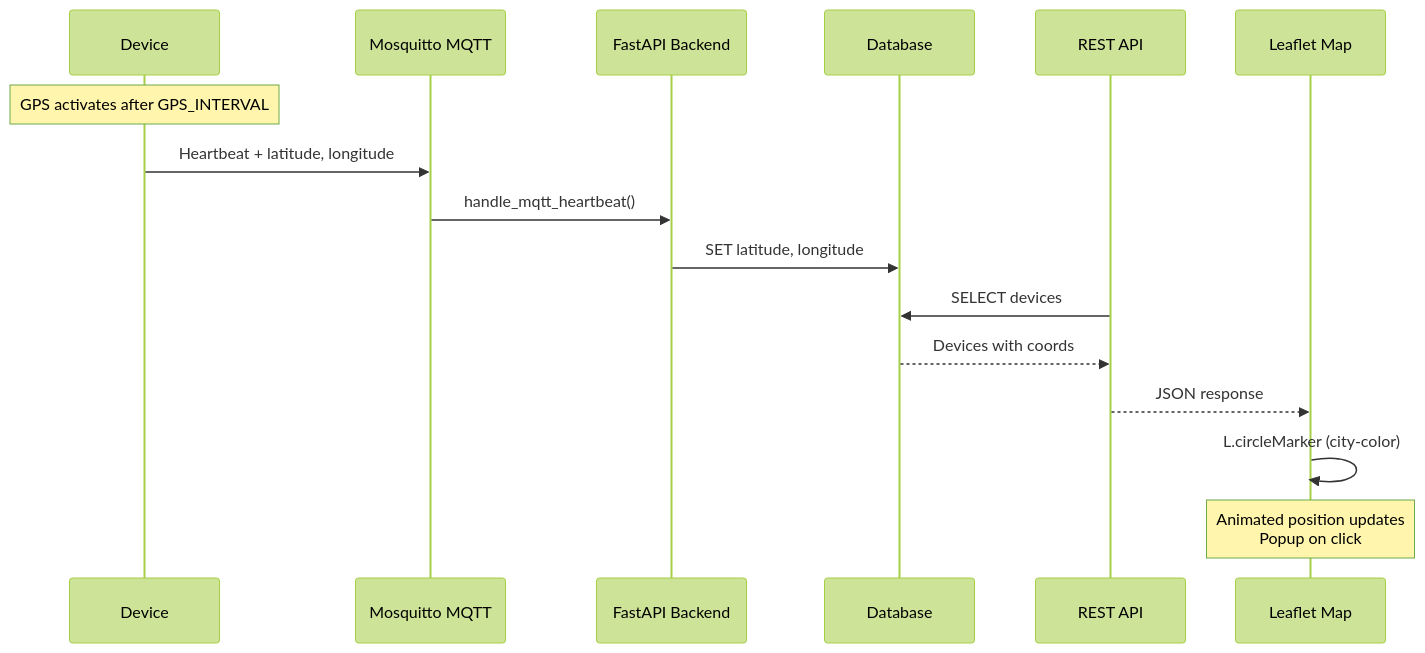
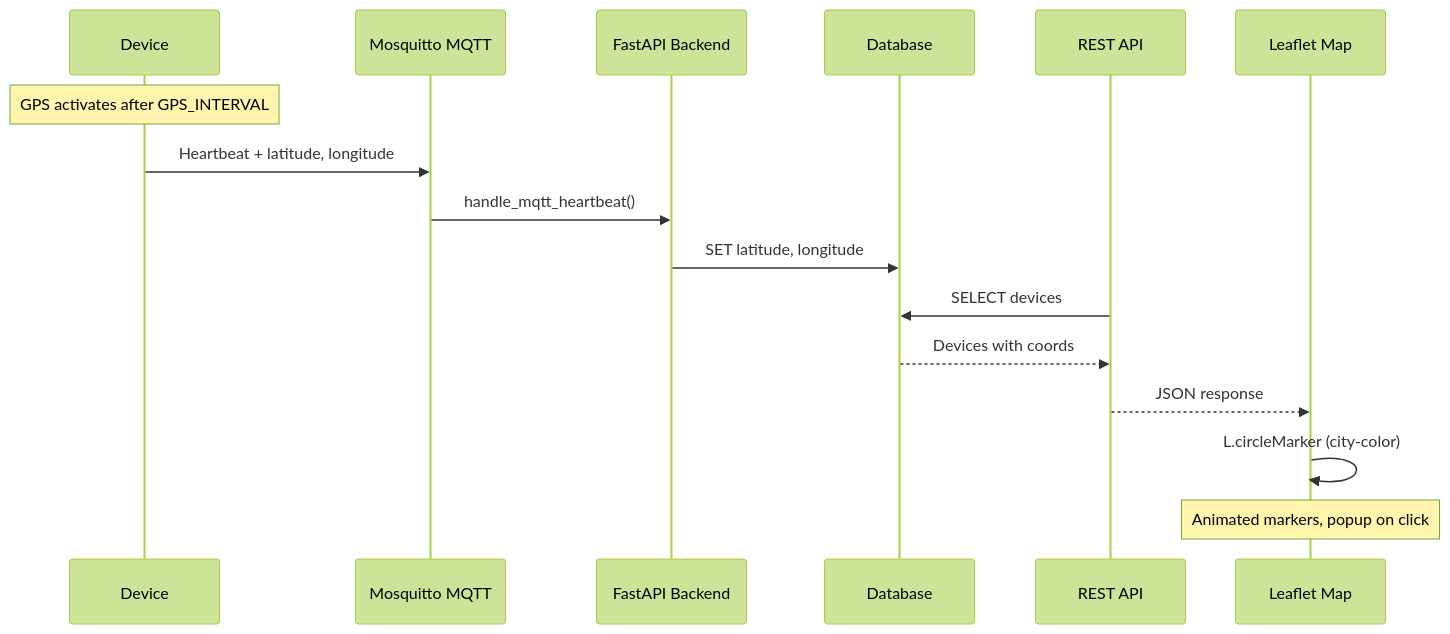
Before and after one commit to yevano09/fleet-management: the seventh of 7 diagrams in architecture.md, drawn with Mermaid (forest theme). The commit also changed 3 other files, not shown here.

Commit message:
Updates diagrams - via mermaid <br>

````diff
--- a/architecture.md
+++ b/architecture.md
@@ -236,19 +236,19 @@
 ```mermaid
 sequenceDiagram
     participant D as Device
     participant MQ as Mosquitto MQTT
     participant BE as FastAPI Backend
     participant DB as Database
     participant API as REST API
     participant MAP as Leaflet Map
 
     Note over D: GPS activates after GPS_INTERVAL
     D->>MQ: Heartbeat + latitude, longitude
     MQ->>BE: handle_mqtt_heartbeat()
     BE->>DB: SET latitude, longitude
     API->>DB: SELECT devices
     DB-->>API: Devices with coords
     API-->>MAP: JSON response
     MAP->>MAP: L.circleMarker (city-color)
-    Note over MAP: Animated position updates<br/>Popup on click
+    Note over MAP: Animated markers, popup on click
 ```
````
